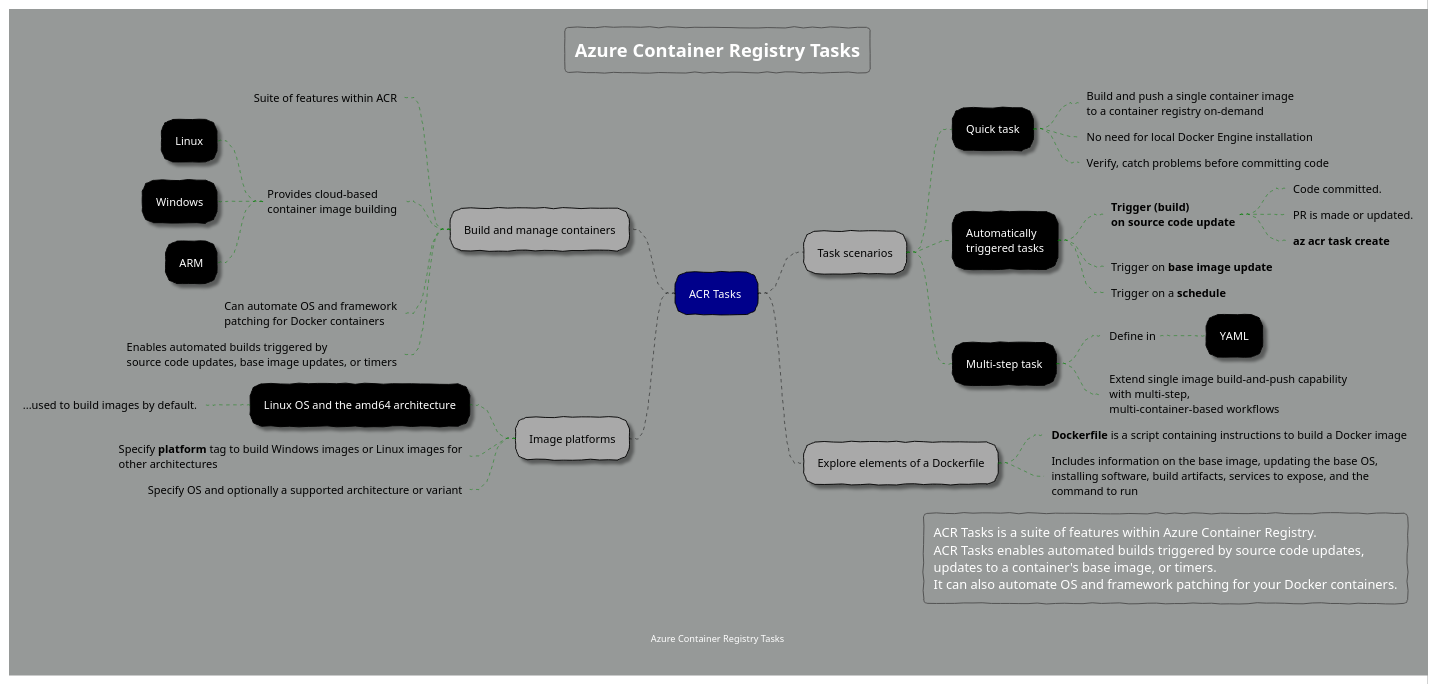
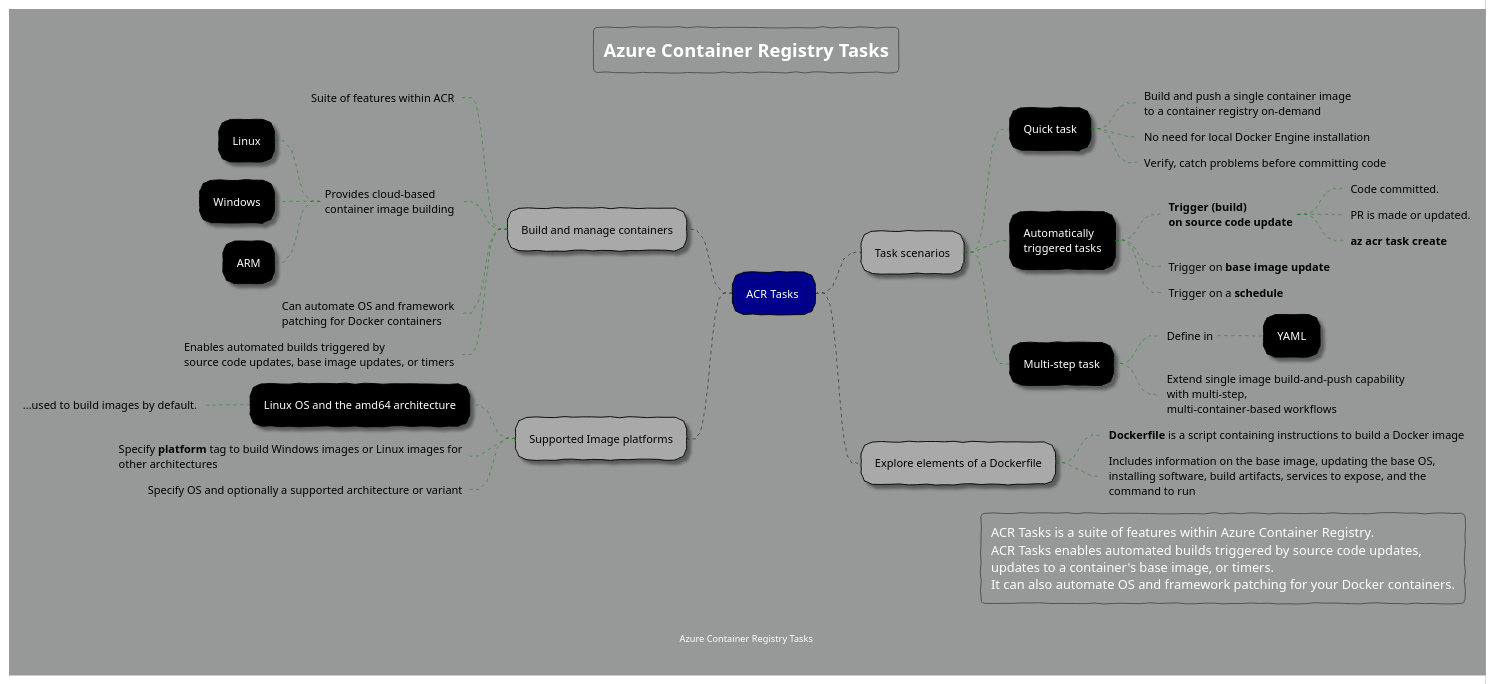
Before and after one commit to rob-bl8ke/Az204-Containerization: the diagram in Notes/Diagrams/ContainerRegistry/container-registry-tasks.plantuml, drawn with PlantUML. The commit also changed 8 other files, not shown here.

```diff
--- a/Notes/Diagrams/ContainerRegistry/container-registry-tasks.plantuml
+++ b/Notes/Diagrams/ContainerRegistry/container-registry-tasks.plantuml
@@ -1,97 +1,97 @@
 @startmindmap "Azure Container Registry Tasks"
 
 ' https://plantuml.com/theme
 !theme sketchy
 skinparam backgroundColor #969998
 
 title Azure Container Registry Tasks
 footer Azure Container Registry Tasks
 
 <style>
     mindMapDiagram {
         .root {
             BackgroundColor darkblue
             LineColor black
             FontColor white
         }
 
         node {
             FontColor white
             LineColor black
             BackgroundColor black
             Shadowing 2.0
             RoundCorner 25
         }
         :depth(0) {
             FontColor black
             LineColor white
             BackgroundColor white
             Shadowing 0.0
         }
         :depth(1) {
             FontColor black
             BackgroundColor darkgrey
             Shadowing 2.0
         }
 
         arrow {
             LineStyle 4
             LineThickness 0.5
             LineColor green
         }
 
         boxless {
             FontColor black
             Margin 10
             Padding 10
             MaximumWidth 400
         }
     }
 </style>
 
 - ACR Tasks <<root>>
 -- Build and manage containers
 ---_ Suite of features within ACR
 ---_ Provides cloud-based\ncontainer image building
 ---- Linux
 ---- Windows
 ---- ARM
 ---_ Can automate OS and framework\npatching for Docker containers
 ---_ Enables automated builds triggered by\nsource code updates, base image updates, or timers
 
 ++ Task scenarios
 +++ Quick task
 ++++_ Build and push a single container image\nto a container registry on-demand
 ++++_ No need for local Docker Engine installation
 ++++_ Verify, catch problems before committing code
 +++ Automatically\ntriggered tasks
 ++++_ **Trigger (build)**\n**on source code update**
 +++++_ Code committed.
 +++++_ PR is made or updated.
 +++++_ **az acr task create**
 ++++_ Trigger on **base image update**
 ++++_ Trigger on a **schedule**
  
 +++ Multi-step task
 ++++_ Define in
 +++++ YAML
 ++++_ Extend single image build-and-push capability\nwith multi-step,\nmulti-container-based workflows
 
--- Image platforms
+-- Supported Image platforms
 --- Linux OS and the amd64 architecture
 ----_ ...used to build images by default.
 ---_ Specify **platform** tag to build Windows images or Linux images for other architectures
 ---_ Specify OS and optionally a supported architecture or variant
 
 ++ Explore elements of a Dockerfile
 +++_ **Dockerfile** is a script containing instructions to build a Docker image
 +++_ Includes information on the base image, updating the base OS,\ninstalling software, build artifacts, services to expose, and the command to run
 
 legend right
 ACR Tasks is a suite of features within Azure Container Registry.
 ACR Tasks enables automated builds triggered by source code updates, 
 updates to a container's base image, or timers.
 It can also automate OS and framework patching for your Docker containers.
 endlegend
 
 @endmindmap
```
